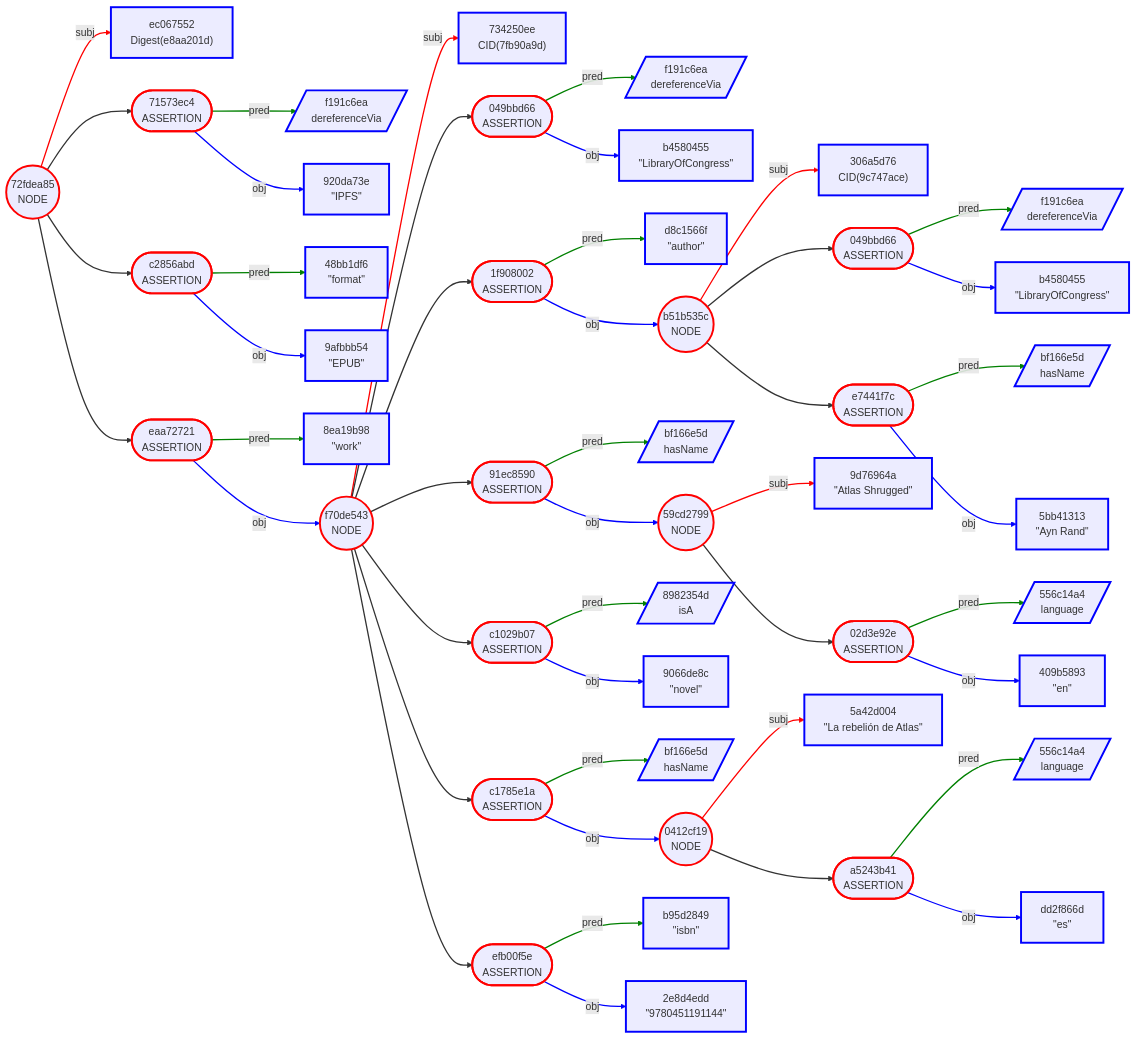
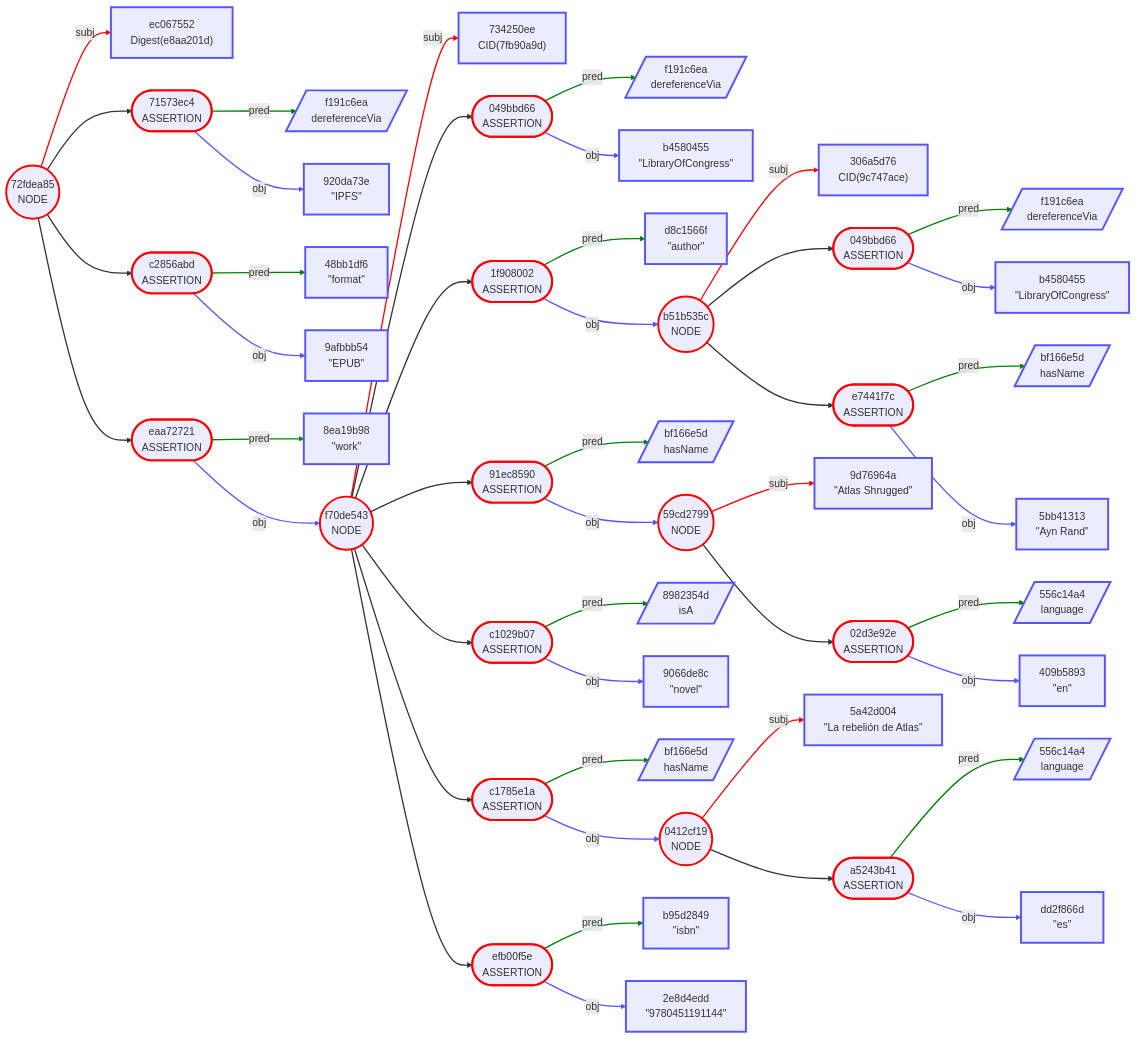
The tenth of 12 diagrams in Docs/04-MERMAID-OUTPUT.md (BlockchainCommons/BCSwiftSecureComponents), drawn with Mermaid before and after one commit. The commit also changed other lines of this file and 1 other file, not shown here.

Commit message:
Refined blue for Mermaid output.

````diff
--- a/Docs/04-MERMAID-OUTPUT.md
+++ b/Docs/04-MERMAID-OUTPUT.md
@@ -494,92 +494,92 @@
     43 -->|pred| 44
     43 -->|obj| 45
     style 1 stroke:red,stroke-width:3.0px
-    style 2 stroke:blue,stroke-width:3.0px
+    style 2 stroke:#55f,stroke-width:3.0px
     style 3 stroke:red,stroke-width:3.0px
-    style 4 stroke:blue,stroke-width:3.0px
-    style 5 stroke:blue,stroke-width:3.0px
+    style 4 stroke:#55f,stroke-width:3.0px
+    style 5 stroke:#55f,stroke-width:3.0px
     style 6 stroke:red,stroke-width:3.0px
-    style 7 stroke:blue,stroke-width:3.0px
-    style 8 stroke:blue,stroke-width:3.0px
+    style 7 stroke:#55f,stroke-width:3.0px
+    style 8 stroke:#55f,stroke-width:3.0px
     style 9 stroke:red,stroke-width:3.0px
-    style 10 stroke:blue,stroke-width:3.0px
+    style 10 stroke:#55f,stroke-width:3.0px
     style 11 stroke:red,stroke-width:3.0px
-    style 12 stroke:blue,stroke-width:3.0px
+    style 12 stroke:#55f,stroke-width:3.0px
     style 13 stroke:red,stroke-width:3.0px
-    style 14 stroke:blue,stroke-width:3.0px
-    style 15 stroke:blue,stroke-width:3.0px
+    style 14 stroke:#55f,stroke-width:3.0px
+    style 15 stroke:#55f,stroke-width:3.0px
     style 16 stroke:red,stroke-width:3.0px
-    style 17 stroke:blue,stroke-width:3.0px
+    style 17 stroke:#55f,stroke-width:3.0px
     style 18 stroke:red,stroke-width:3.0px
-    style 19 stroke:blue,stroke-width:3.0px
+    style 19 stroke:#55f,stroke-width:3.0px
     style 20 stroke:red,stroke-width:3.0px
-    style 21 stroke:blue,stroke-width:3.0px
-    style 22 stroke:blue,stroke-width:3.0px
+    style 21 stroke:#55f,stroke-width:3.0px
+    style 22 stroke:#55f,stroke-width:3.0px
     style 23 stroke:red,stroke-width:3.0px
-    style 24 stroke:blue,stroke-width:3.0px
-    style 25 stroke:blue,stroke-width:3.0px
+    style 24 stroke:#55f,stroke-width:3.0px
+    style 25 stroke:#55f,stroke-width:3.0px
     style 26 stroke:red,stroke-width:3.0px
-    style 27 stroke:blue,stroke-width:3.0px
+    style 27 stroke:#55f,stroke-width:3.0px
     style 28 stroke:red,stroke-width:3.0px
-    style 29 stroke:blue,stroke-width:3.0px
+    style 29 stroke:#55f,stroke-width:3.0px
     style 30 stroke:red,stroke-width:3.0px
-    style 31 stroke:blue,stroke-width:3.0px
-    style 32 stroke:blue,stroke-width:3.0px
+    style 31 stroke:#55f,stroke-width:3.0px
+    style 32 stroke:#55f,stroke-width:3.0px
     style 33 stroke:red,stroke-width:3.0px
-    style 34 stroke:blue,stroke-width:3.0px
-    style 35 stroke:blue,stroke-width:3.0px
+    style 34 stroke:#55f,stroke-width:3.0px
+    style 35 stroke:#55f,stroke-width:3.0px
     style 36 stroke:red,stroke-width:3.0px
-    style 37 stroke:blue,stroke-width:3.0px
+    style 37 stroke:#55f,stroke-width:3.0px
     style 38 stroke:red,stroke-width:3.0px
-    style 39 stroke:blue,stroke-width:3.0px
+    style 39 stroke:#55f,stroke-width:3.0px
     style 40 stroke:red,stroke-width:3.0px
-    style 41 stroke:blue,stroke-width:3.0px
-    style 42 stroke:blue,stroke-width:3.0px
+    style 41 stroke:#55f,stroke-width:3.0px
+    style 42 stroke:#55f,stroke-width:3.0px
     style 43 stroke:red,stroke-width:3.0px
-    style 44 stroke:blue,stroke-width:3.0px
-    style 45 stroke:blue,stroke-width:3.0px
+    style 44 stroke:#55f,stroke-width:3.0px
+    style 45 stroke:#55f,stroke-width:3.0px
     linkStyle 0 stroke:red,stroke-width:2.0px
     linkStyle 1 stroke-width:2.0px
     linkStyle 2 stroke:green,stroke-width:2.0px
-    linkStyle 3 stroke:blue,stroke-width:2.0px
+    linkStyle 3 stroke:#55f,stroke-width:2.0px
     linkStyle 4 stroke-width:2.0px
     linkStyle 5 stroke:green,stroke-width:2.0px
-    linkStyle 6 stroke:blue,stroke-width:2.0px
+    linkStyle 6 stroke:#55f,stroke-width:2.0px
     linkStyle 7 stroke-width:2.0px
     linkStyle 8 stroke:green,stroke-width:2.0px
-    linkStyle 9 stroke:blue,stroke-width:2.0px
+    linkStyle 9 stroke:#55f,stroke-width:2.0px
     linkStyle 10 stroke:red,stroke-width:2.0px
     linkStyle 11 stroke-width:2.0px
     linkStyle 12 stroke:green,stroke-width:2.0px
-    linkStyle 13 stroke:blue,stroke-width:2.0px
+    linkStyle 13 stroke:#55f,stroke-width:2.0px
     linkStyle 14 stroke-width:2.0px
     linkStyle 15 stroke:green,stroke-width:2.0px
-    linkStyle 16 stroke:blue,stroke-width:2.0px
+    linkStyle 16 stroke:#55f,stroke-width:2.0px
     linkStyle 17 stroke:red,stroke-width:2.0px
     linkStyle 18 stroke-width:2.0px
     linkStyle 19 stroke:green,stroke-width:2.0px
-    linkStyle 20 stroke:blue,stroke-width:2.0px
+    linkStyle 20 stroke:#55f,stroke-width:2.0px
     linkStyle 21 stroke-width:2.0px
     linkStyle 22 stroke:green,stroke-width:2.0px
-    linkStyle 23 stroke:blue,stroke-width:2.0px
+    linkStyle 23 stroke:#55f,stroke-width:2.0px
     linkStyle 24 stroke-width:2.0px
     linkStyle 25 stroke:green,stroke-width:2.0px
-    linkStyle 26 stroke:blue,stroke-width:2.0px
+    linkStyle 26 stroke:#55f,stroke-width:2.0px
     linkStyle 27 stroke:red,stroke-width:2.0px
     linkStyle 28 stroke-width:2.0px
     linkStyle 29 stroke:green,stroke-width:2.0px
-    linkStyle 30 stroke:blue,stroke-width:2.0px
+    linkStyle 30 stroke:#55f,stroke-width:2.0px
     linkStyle 31 stroke-width:2.0px
     linkStyle 32 stroke:green,stroke-width:2.0px
-    linkStyle 33 stroke:blue,stroke-width:2.0px
+    linkStyle 33 stroke:#55f,stroke-width:2.0px
     linkStyle 34 stroke-width:2.0px
     linkStyle 35 stroke:green,stroke-width:2.0px
-    linkStyle 36 stroke:blue,stroke-width:2.0px
+    linkStyle 36 stroke:#55f,stroke-width:2.0px
     linkStyle 37 stroke:red,stroke-width:2.0px
     linkStyle 38 stroke-width:2.0px
     linkStyle 39 stroke:green,stroke-width:2.0px
-    linkStyle 40 stroke:blue,stroke-width:2.0px
+    linkStyle 40 stroke:#55f,stroke-width:2.0px
     linkStyle 41 stroke-width:2.0px
     linkStyle 42 stroke:green,stroke-width:2.0px
-    linkStyle 43 stroke:blue,stroke-width:2.0px
+    linkStyle 43 stroke:#55f,stroke-width:2.0px
 ```
````
